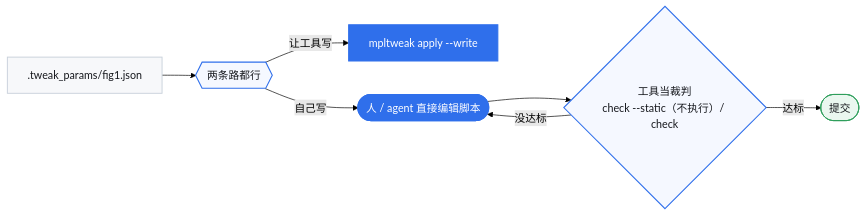
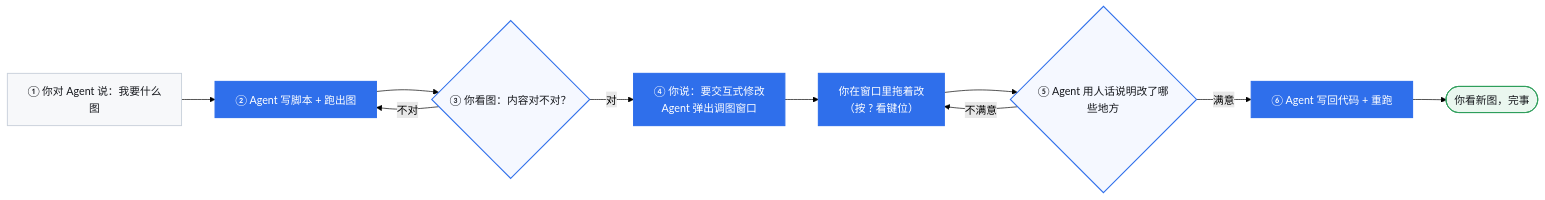
Before and after one commit to shdbl/mpltweak: the first of 2 diagrams in README.md, drawn with Mermaid (forest theme). The commit also changed other lines of this file and 4 other files, not shown here.

Commit message:
docs: README 新手向改版（章节编号与分隔线、找回命令在哪敲、第 5 章面向小白）+ docs/agent.md 承接 MCP/JSON 契约 + SKILL.md 补环境检查与耗时预期

````diff
--- a/README.md
+++ b/README.md
@@ -277,14 +267,17 @@
 ```mermaid
 flowchart LR
-    C[".tweak_params/fig1.json"]:::script --> T{{"两条路都行"}}:::check
-    T -->|让工具写| W["mpltweak apply --write"]:::win
-    T -->|自己写| H(["人 / agent 直接编辑脚本"]):::win
-    H --> V{"工具当裁判<br/>check --static（不执行）/ check"}:::check
-    V -->|没达标| H
-    V -->|达标| Z(["提交"]):::ok
+    A["① 你对 Agent 说：我要什么图"]:::script --> B["② Agent 写脚本 + 跑出图"]:::win
+    B --> C{"③ 你看图：内容对不对？"}:::check
+    C -->|不对| B
+    C -->|对| D["④ 你说：要交互式修改<br/>Agent 弹出调图窗口"]:::win
+    D --> E["你在窗口里拖着改<br/>（按 ? 看键位）"]:::win
+    E --> F{"⑤ Agent 用人话说明改了哪些地方"}:::check
+    F -->|不满意| E
+    F -->|满意| G["⑥ Agent 写回代码 + 重跑"]:::win
+    G --> Z(["你看新图，完事"]):::ok
 
     classDef script fill:#F7F8FA,stroke:#C9D1DB,stroke-width:1.4px,color:#16181D
     classDef win fill:#2F6FEB,stroke:#2F6FEB,stroke-width:1.6px,color:#FFFFFF
     classDef check fill:#F5F8FF,stroke:#2F6FEB,stroke-width:1.6px,color:#16181D
     classDef ok fill:#EAF7EF,stroke:#2E9E5B,stroke-width:1.4px,color:#16181D
 ```
````
